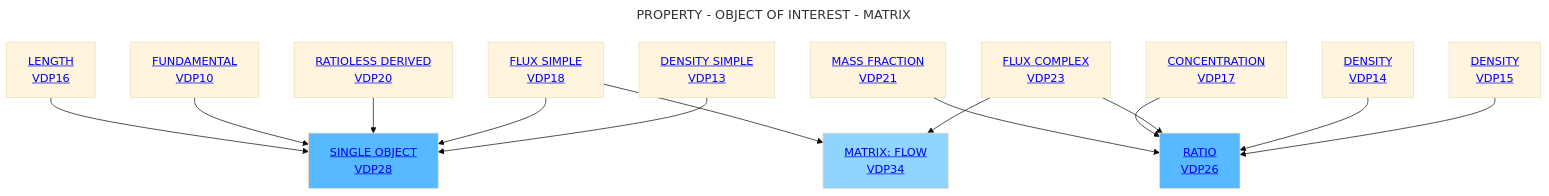
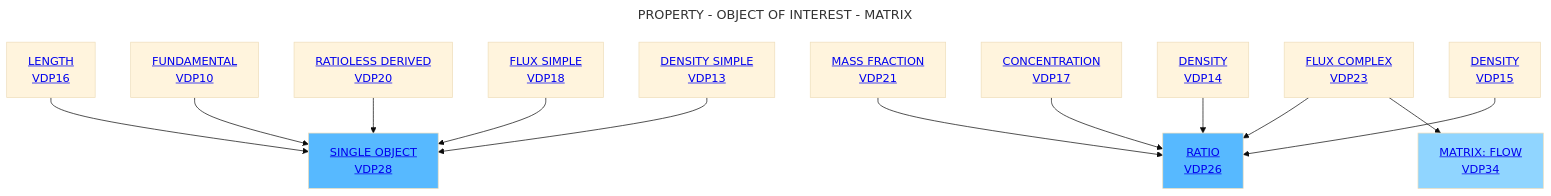
The diagram in Decisition_trees/DT6.mmd (mabablue/I-ADOPT-patterns-playground), drawn with Mermaid (base theme) before and after one commit.

```diff
--- a/Decisition_trees/DT6.mmd
+++ b/Decisition_trees/DT6.mmd
@@ -1,19 +1,18 @@
 ---
 title: PROPERTY - OBJECT OF INTEREST - MATRIX
 ---
 flowchart TD
     A[<a href='https://github.com/mabablue/I-ADOPT-patterns-playground/blob/main/pattern/VDP16.yaml'>LENGTH <br> VDP16</a>] --> C[<a href='https://github.com/mabablue/I-ADOPT-patterns-playground/blob/main/pattern/VDP28.yaml'>SINGLE OBJECT <br> VDP28</a>]:::satblue
     B[<a href='https://github.com/mabablue/I-ADOPT-patterns-playground/blob/main/pattern/VDP10.yaml'>FUNDAMENTAL <br> VDP10</a>]  --> C
     D[<a href='https://github.com/mabablue/I-ADOPT-patterns-playground/blob/main/pattern/VDP20.yaml'>RATIOLESS DERIVED <br> VDP20</a>] --> C
     L[<a href='https://github.com/mabablue/I-ADOPT-patterns-playground/blob/main/pattern/VDP21.yaml'>MASS FRACTION <br> VDP21</a>] --> F[<a href='https://github.com/mabablue/I-ADOPT-patterns-playground/blob/main/pattern/VDP26.yaml'>RATIO <br> VDP26</a>]:::satblue
     M[<a href='https://github.com/mabablue/I-ADOPT-patterns-playground/blob/main/pattern/VDP17.yaml'>CONCENTRATION <br> VDP17</a>] --> F
     H[<a href='https://github.com/mabablue/I-ADOPT-patterns-playground/blob/main/pattern/VDP18.yaml'>FLUX SIMPLE <br> VDP18</a>] --> C
     I[<a href='https://github.com/mabablue/I-ADOPT-patterns-playground/blob/main/pattern/VDP23.yaml'>FLUX COMPLEX <br> VDP23</a>] --> F
     N[<a href='https://github.com/mabablue/I-ADOPT-patterns-playground/blob/main/pattern/VDP13.yaml'>DENSITY SIMPLE <br> VDP13</a>] --> C
     O[<a href='https://github.com/mabablue/I-ADOPT-patterns-playground/blob/main/pattern/VDP14.yaml'>DENSITY <br> VDP14</a>] --> F
     P[<a href='https://github.com/mabablue/I-ADOPT-patterns-playground/blob/main/pattern/VDP15.yaml'>DENSITY <br> VDP15</a>] --> F
-    H --> K[<a href='https://github.com/mabablue/I-ADOPT-patterns-playground/blob/main/pattern/VDP34.yaml'>MATRIX: FLOW <br> VDP34</a>]:::blue
-    I --> K
+    I --> K[<a href='https://github.com/mabablue/I-ADOPT-patterns-playground/blob/main/pattern/VDP34.yaml'>MATRIX: FLOW <br> VDP34</a>]:::blue
 
    classDef blue fill:#90D5FF
    classDef satblue fill:#57B9FF
```
